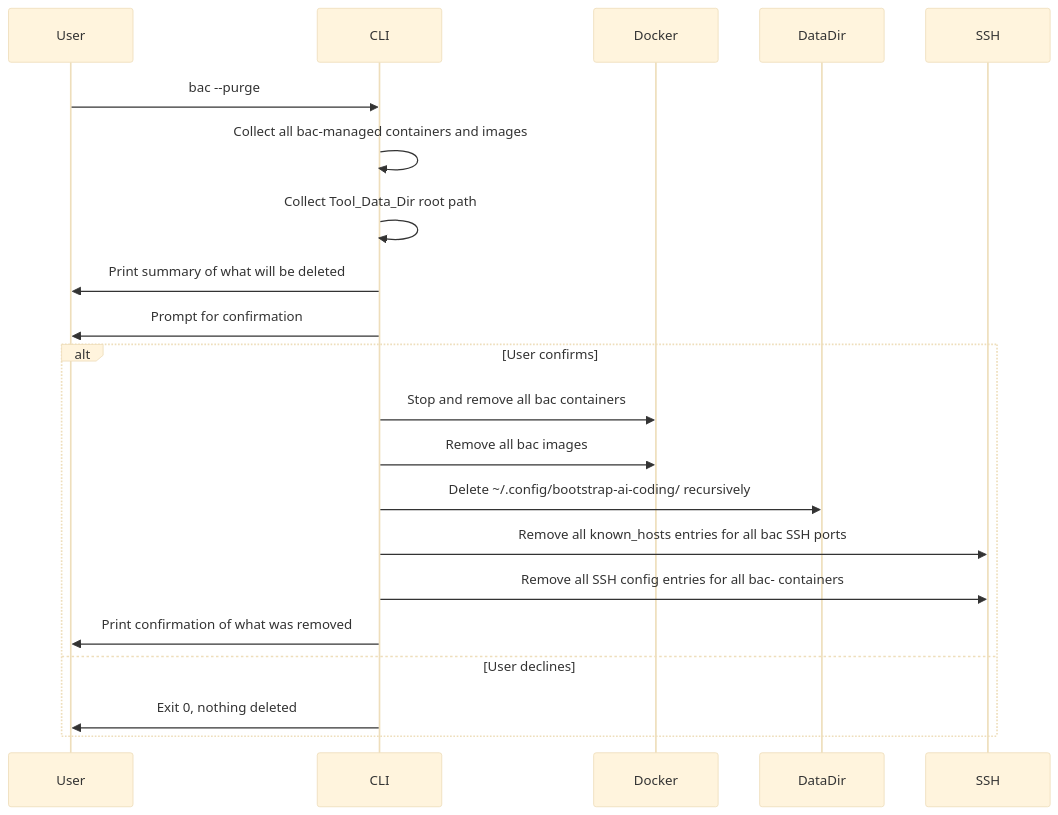
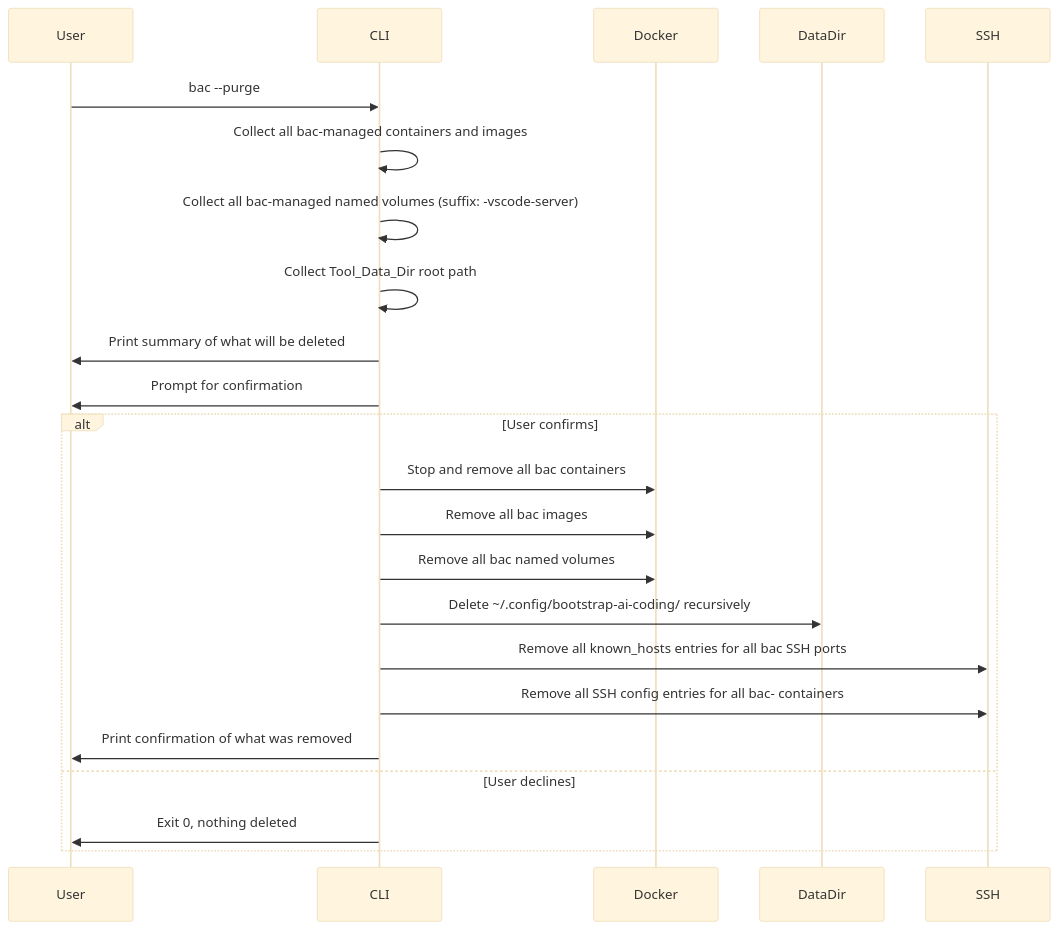
One commit to koudis/bootstrap-ai-coding changed the fourth of 4 diagrams in .kiro/specs/bootstrap-ai-coding/design-architecture.md. Above: the diagram before and after it, drawn with Mermaid (base theme). The commit also changed other lines of this file and 12 other files, not shown here.

````diff
--- a/.kiro/specs/bootstrap-ai-coding/design-architecture.md
+++ b/.kiro/specs/bootstrap-ai-coding/design-architecture.md
@@ -170,23 +170,25 @@
 ```mermaid
 sequenceDiagram
     participant User
     participant CLI
     participant Docker
     participant DataDir
 
     User->>CLI: bac --purge
     CLI->>CLI: Collect all bac-managed containers and images
+    CLI->>CLI: Collect all bac-managed named volumes (suffix: -vscode-server)
     CLI->>CLI: Collect Tool_Data_Dir root path
     CLI->>User: Print summary of what will be deleted
     CLI->>User: Prompt for confirmation
     alt User confirms
         CLI->>Docker: Stop and remove all bac containers
         CLI->>Docker: Remove all bac images
+        CLI->>Docker: Remove all bac named volumes
         CLI->>DataDir: Delete ~/.config/bootstrap-ai-coding/ recursively
         CLI->>SSH: Remove all known_hosts entries for all bac SSH ports
         CLI->>SSH: Remove all SSH config entries for all bac- containers
         CLI->>User: Print confirmation of what was removed
     else User declines
         CLI->>User: Exit 0, nothing deleted
     end
 ```
````
